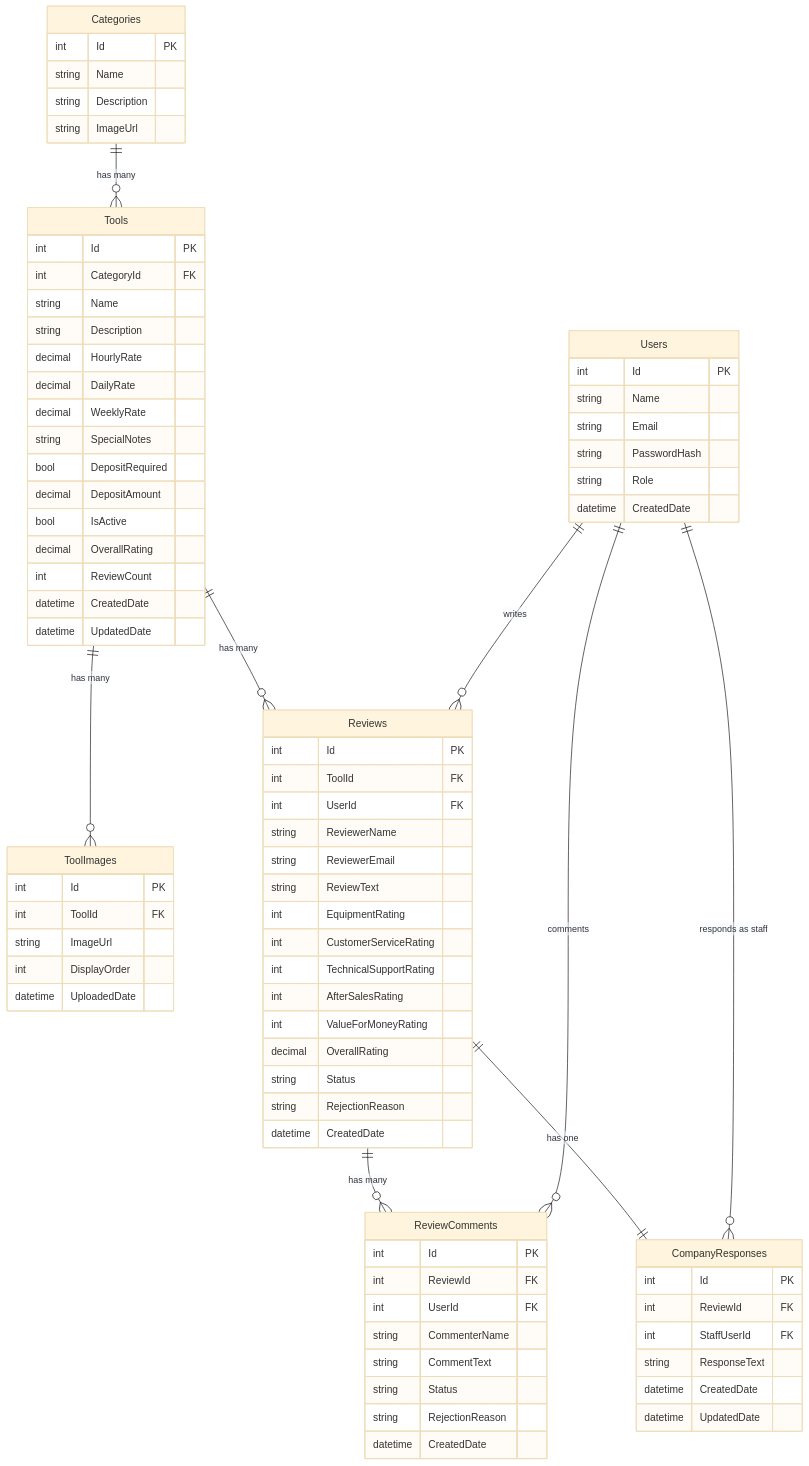
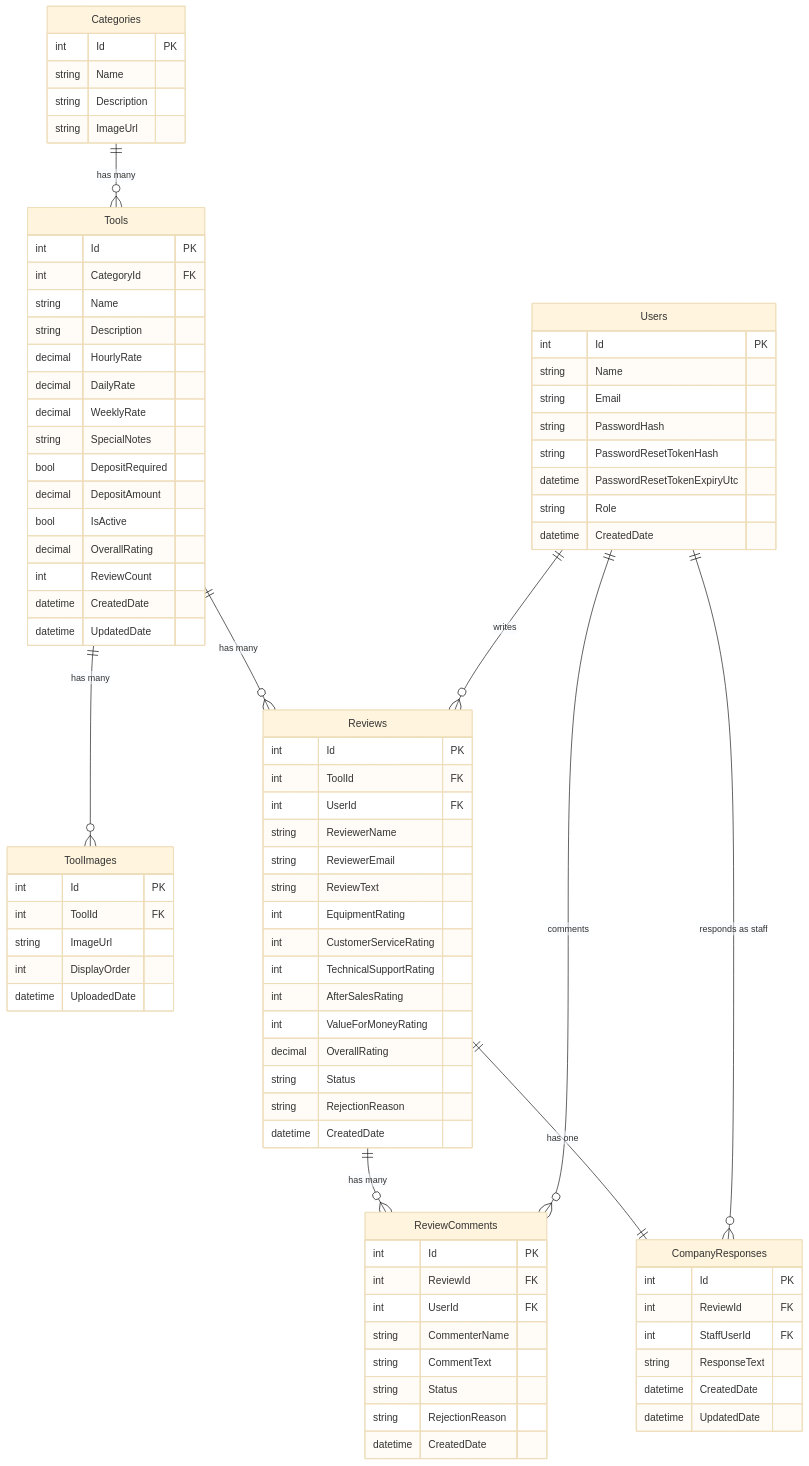
One commit to SEPP-2026/ReviewPortal-API changed the diagram in docs/ERD.md. Above: the diagram before and after it, drawn with Mermaid (base theme). The commit also changed other lines of this file and 12 other files, not shown here.

```diff
--- a/docs/ERD.md
+++ b/docs/ERD.md
@@ -13,6 +13,8 @@
         string Name
         string Email
         string PasswordHash
+        string PasswordResetTokenHash
+        datetime PasswordResetTokenExpiryUtc
         string Role
         datetime CreatedDate
     }
```
